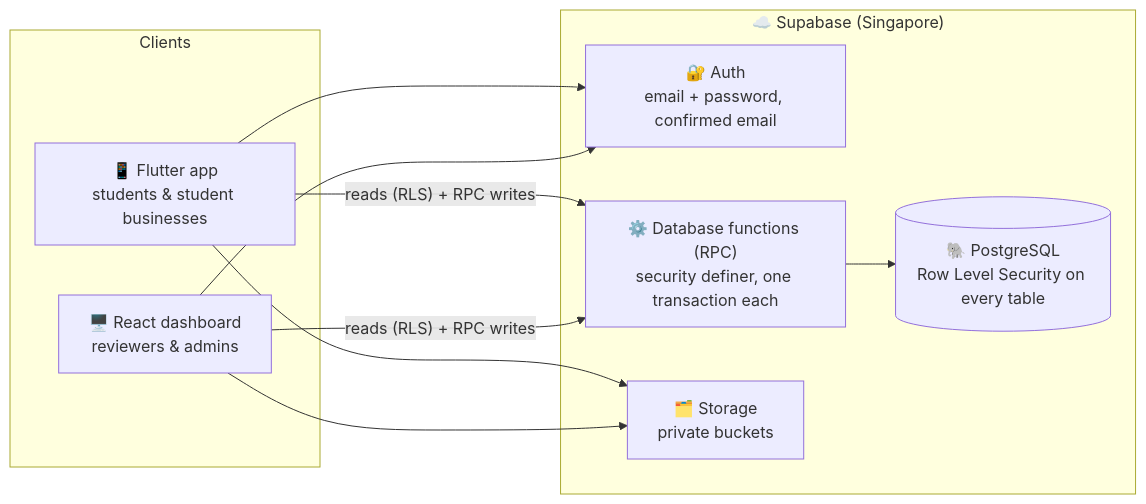
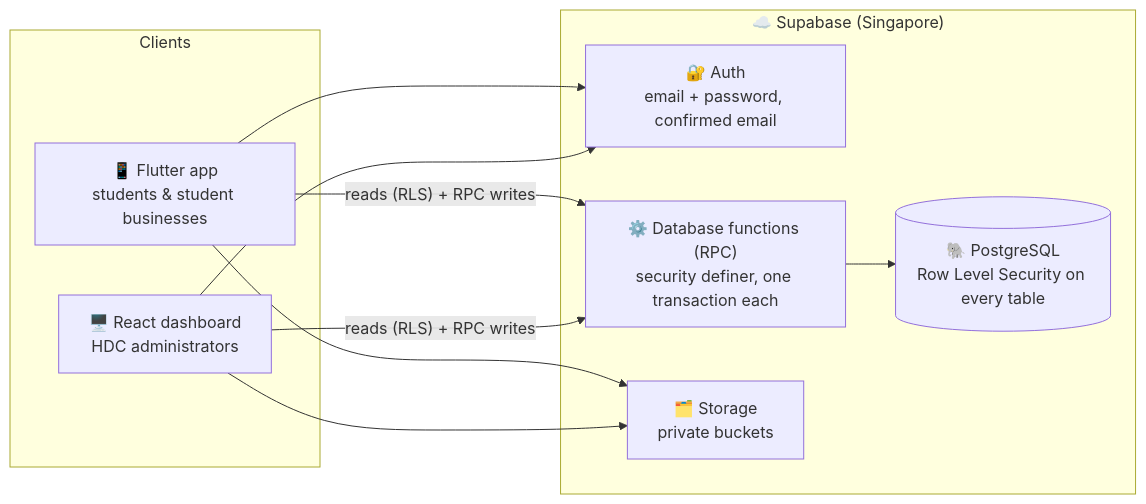
The first of 3 diagrams in README.md (asyrafmika/CampusNiaga), drawn with Mermaid before and after one commit. The commit also changed other lines of this file and 142 other files, not shown here.

````diff
--- a/README.md
+++ b/README.md
@@ -92,20 +92,20 @@
 ```mermaid
 flowchart LR
   subgraph Clients
     M["📱 Flutter app<br/>students & student businesses"]
-    W["🖥️ React dashboard<br/>reviewers & admins"]
+    W["🖥️ React dashboard<br/>HDC administrators"]
   end
   subgraph Supabase["☁️ Supabase (Singapore)"]
     A["🔐 Auth<br/>email + password, confirmed email"]
     R["⚙️ Database functions (RPC)<br/>security definer, one transaction each"]
     P[("🐘 PostgreSQL<br/>Row Level Security on every table")]
     S["🗂️ Storage<br/>private buckets"]
   end
   M --> A
   W --> A
   M -- "reads (RLS) + RPC writes" --> R
   W -- "reads (RLS) + RPC writes" --> R
   R --> P
   M --> S
   W --> S
 ```
````
